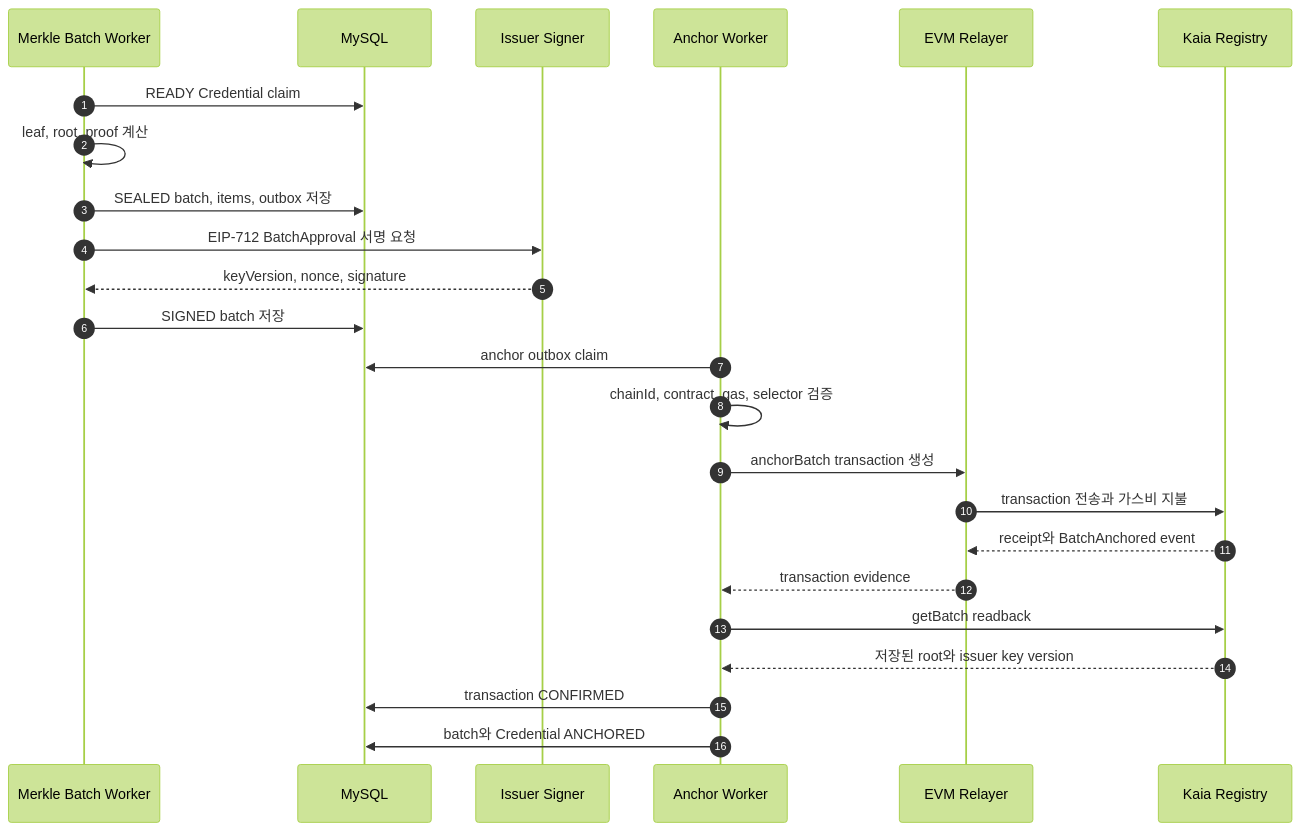
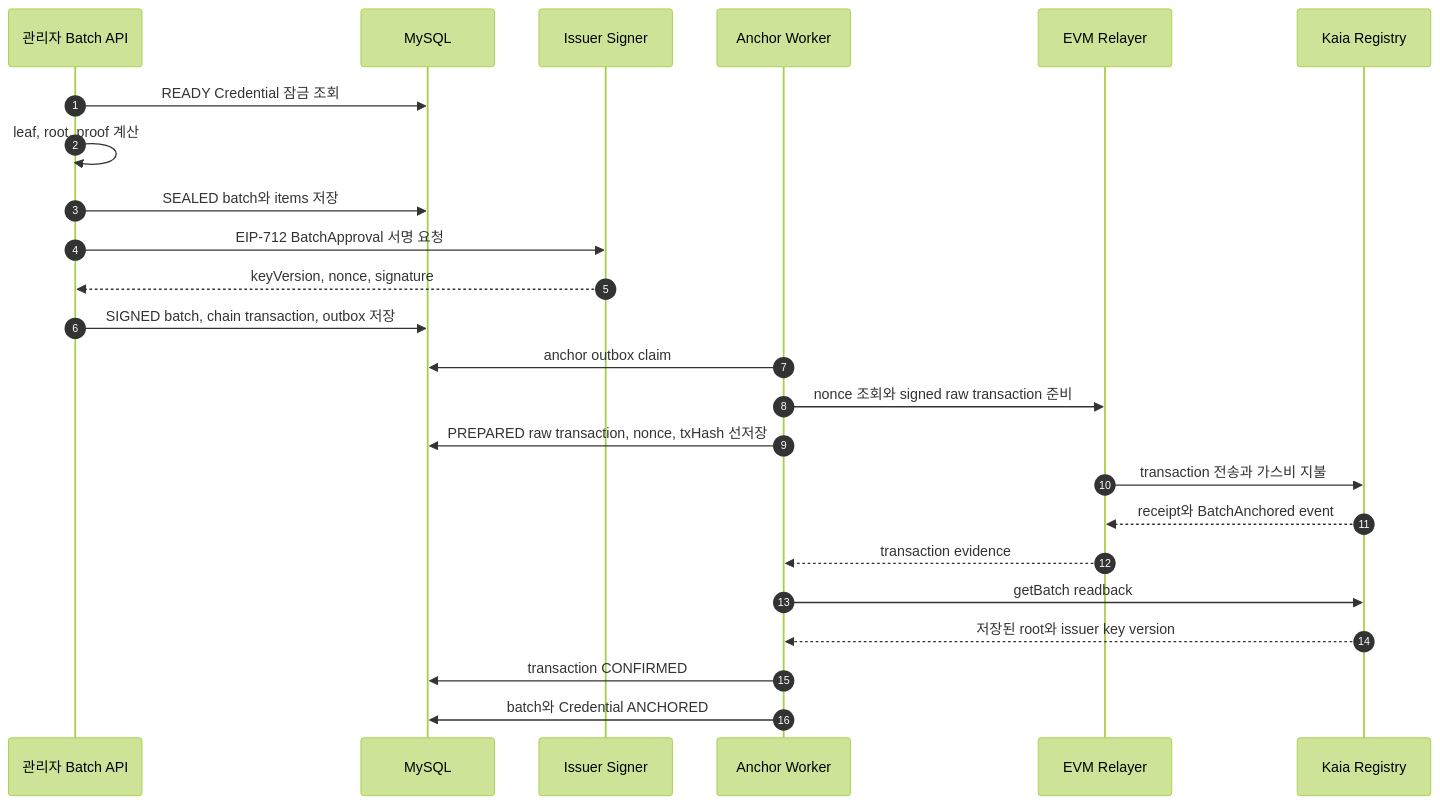
One commit to Tok-Baro/Trekkey_BackEnd changed diagram 12 of 22 in docs/architecture-diagrams.md. Above: the diagram before and after it, drawn with Mermaid (forest theme). The commit also changed other lines of this file and 123 other files, not shown here.

````diff
--- a/docs/architecture-diagrams.md
+++ b/docs/architecture-diagrams.md
@@ -373,27 +370,27 @@
 ```mermaid
 sequenceDiagram
     autonumber
-    participant Batch as Merkle Batch Worker
+    participant Batch as 관리자 Batch API
     participant DB as MySQL
     participant Signer as Issuer Signer
     participant Anchor as Anchor Worker
     participant Relayer as EVM Relayer
     participant Kaia as Kaia Registry
 
-    Batch->>DB: READY Credential claim
+    Batch->>DB: READY Credential 잠금 조회
     Batch->>Batch: leaf, root, proof 계산
-    Batch->>DB: SEALED batch, items, outbox 저장
+    Batch->>DB: SEALED batch와 items 저장
     Batch->>Signer: EIP-712 BatchApproval 서명 요청
     Signer-->>Batch: keyVersion, nonce, signature
-    Batch->>DB: SIGNED batch 저장
+    Batch->>DB: SIGNED batch, chain transaction, outbox 저장
     Anchor->>DB: anchor outbox claim
-    Anchor->>Anchor: chainId, contract, gas, selector 검증
-    Anchor->>Relayer: anchorBatch transaction 생성
+    Anchor->>Relayer: nonce 조회와 signed raw transaction 준비
+    Anchor->>DB: PREPARED raw transaction, nonce, txHash 선저장
     Relayer->>Kaia: transaction 전송과 가스비 지불
     Kaia-->>Relayer: receipt와 BatchAnchored event
     Relayer-->>Anchor: transaction evidence
     Anchor->>Kaia: getBatch readback
     Kaia-->>Anchor: 저장된 root와 issuer key version
     Anchor->>DB: transaction CONFIRMED
     Anchor->>DB: batch와 Credential ANCHORED
 ```
````
